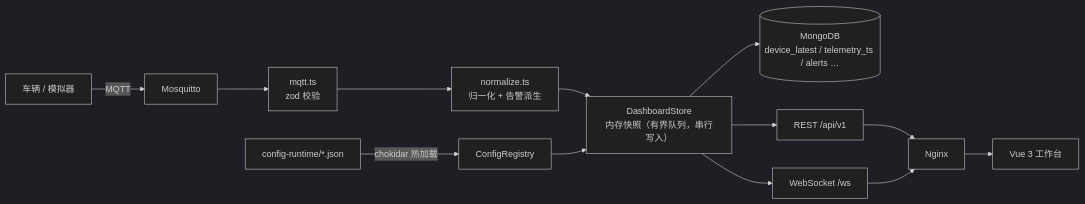
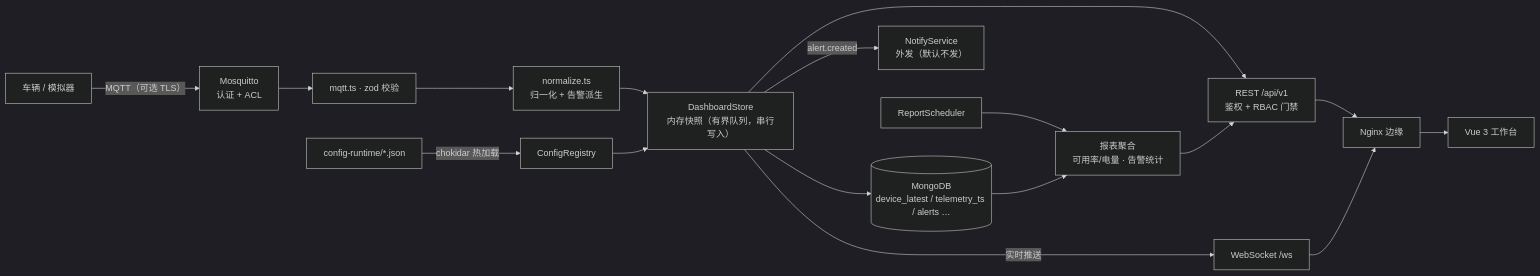
The diagram in README.md (yezhoufan2005/NavFleet), drawn with Mermaid (dark theme) before and after one commit. The commit also changed other lines of this file, not shown here.

First line of the commit message:
docs(1.8.0收敛·P7): README 对齐现状——演示 29/6/6、去阶段化、修陈旧边界与架构图

````diff
--- a/README.md
+++ b/README.md
@@ -102,15 +102,19 @@
 ```mermaid
 flowchart LR
-  Vehicle["车辆 / 模拟器"] -->|MQTT| Broker["Mosquitto"]
-  Broker --> Ingest["mqtt.ts<br/>zod 校验"]
+  Vehicle["车辆 / 模拟器"] -->|MQTT（可选 TLS）| Broker["Mosquitto<br/>认证 + ACL"]
+  Broker --> Ingest["mqtt.ts · zod 校验"]
   Ingest --> Normalize["normalize.ts<br/>归一化 + 告警派生"]
   Normalize --> Store["DashboardStore<br/>内存快照（有界队列，串行写入）"]
   Store --> Mongo[("MongoDB<br/>device_latest / telemetry_ts / alerts …")]
+  Store -->|alert.created| Notify["NotifyService<br/>外发（默认不发）"]
   Config["config-runtime/*.json"] -->|chokidar 热加载| Registry["ConfigRegistry"]
   Registry --> Store
-  Store --> Rest["REST /api/v1"]
-  Store --> Ws["WebSocket /ws"]
-  Rest --> Nginx["Nginx"]
+  Scheduler["ReportScheduler"] --> Reports
+  Mongo --> Reports["报表聚合<br/>可用率/电量 · 告警统计"]
+  Store -->|实时推送| Ws["WebSocket /ws"]
+  Store --> Api["REST /api/v1<br/>鉴权 + RBAC 门禁"]
+  Reports --> Api
+  Api --> Nginx["Nginx 边缘"]
   Ws --> Nginx
   Nginx --> Frontend["Vue 3 工作台"]
 ```
````
